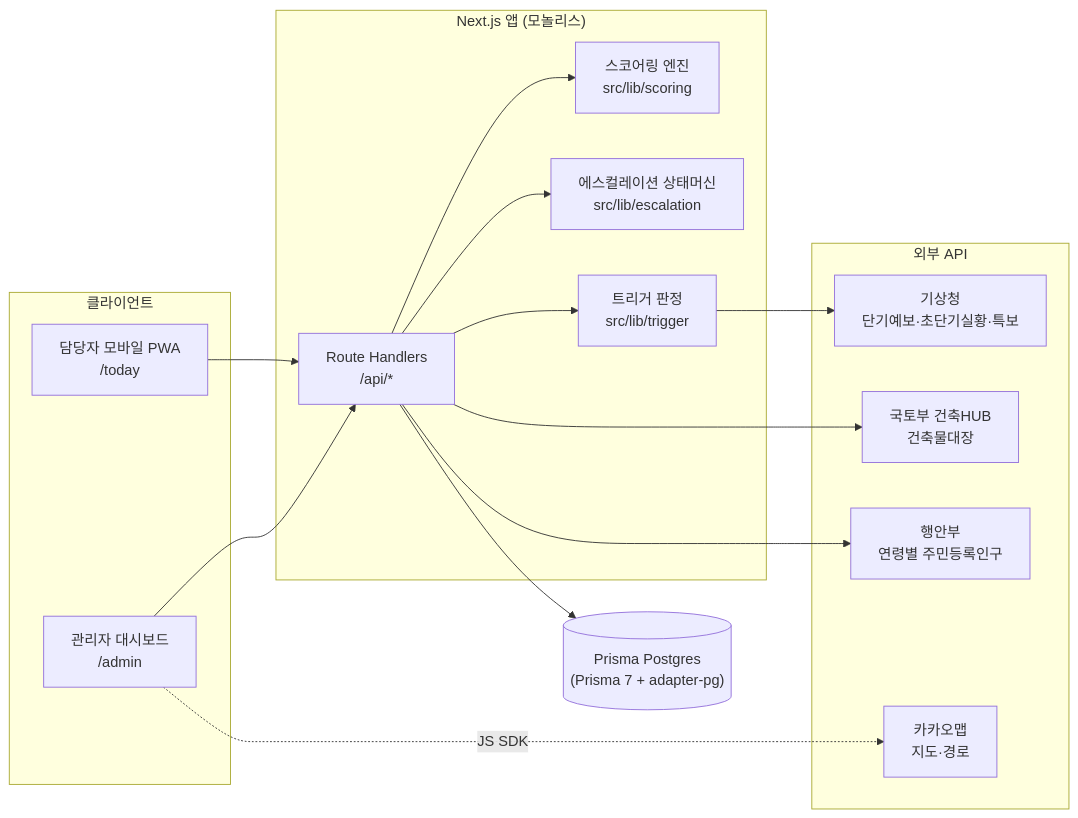
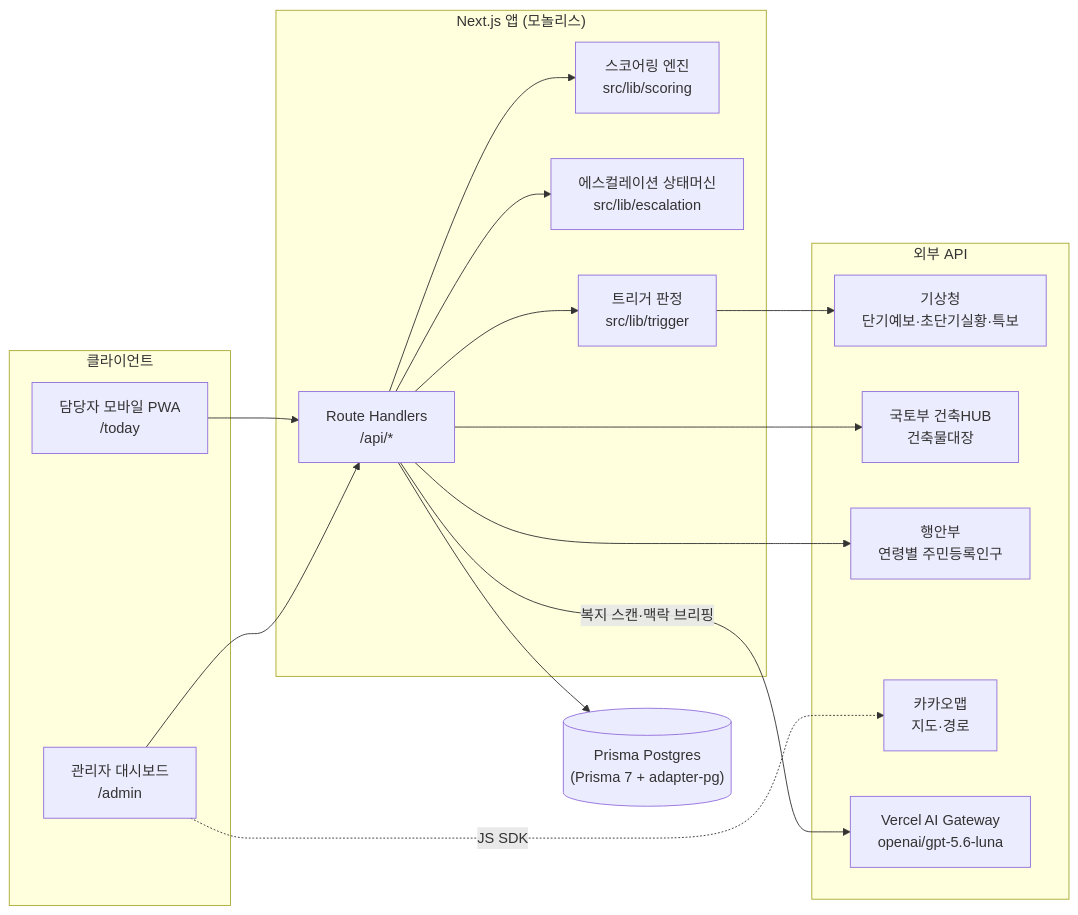
Before and after one commit to NO-TOKEN-NO-WORK/this-house-first: the first of 3 diagrams in docs/architecture.md, drawn with Mermaid. The commit also changed other lines of this file and 5 other files, not shown here.

````diff
--- a/docs/architecture.md
+++ b/docs/architecture.md
@@ -9,28 +9,30 @@
 ```mermaid
 flowchart LR
     subgraph client["클라이언트"]
         W["담당자 모바일 PWA<br/>/today"]
         A["관리자 대시보드<br/>/admin"]
     end
     subgraph app["Next.js 앱 (모놀리스)"]
         RH["Route Handlers<br/>/api/*"]
         SC["스코어링 엔진<br/>src/lib/scoring"]
         SM["에스컬레이션 상태머신<br/>src/lib/escalation"]
         TR["트리거 판정<br/>src/lib/trigger"]
     end
     DB[("Prisma Postgres<br/>(Prisma 7 + adapter-pg)")]
     subgraph ext["외부 API"]
         KMA["기상청<br/>단기예보·초단기실황·특보"]
         HUB["국토부 건축HUB<br/>건축물대장"]
         MOIS["행안부<br/>연령별 주민등록인구"]
         KAKAO["카카오맵<br/>지도·경로"]
+        AIGW["Vercel AI Gateway<br/>openai/gpt-5.6-luna"]
     end
     W --> RH
     A --> RH
     RH --> SC & SM & TR
     RH --> DB
     TR --> KMA
     RH --> HUB
     RH --> MOIS
+    RH -->|복지 스캔·맥락 브리핑| AIGW
     A -.->|JS SDK| KAKAO
 ```
````
